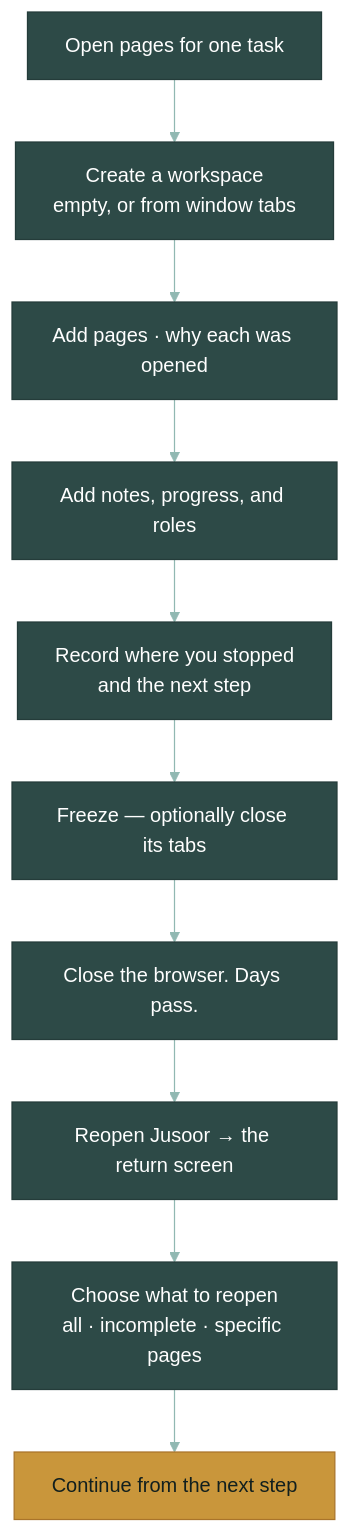
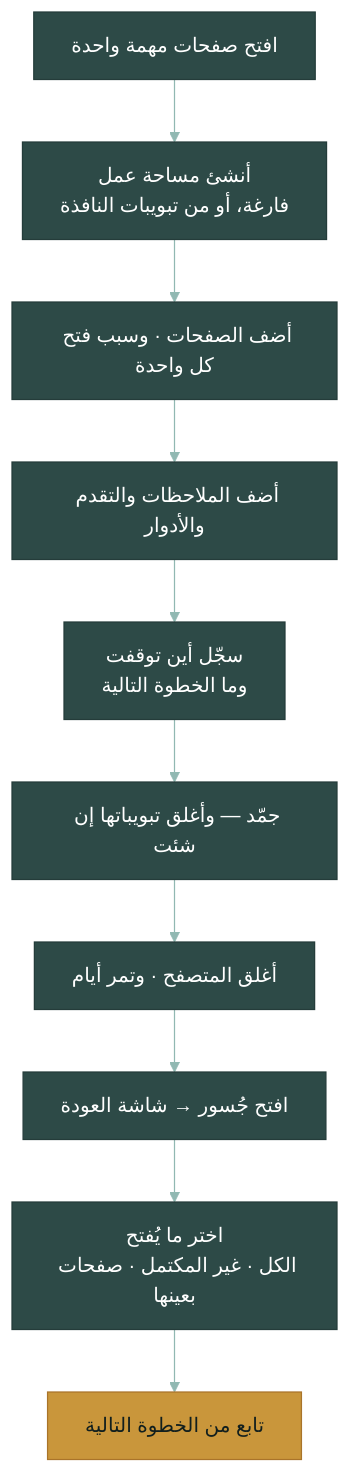
Before and after one commit to iSltanX/Jusoor: the diagram in README.md, drawn with Mermaid. The commit also changed other lines of this file and 8 other files, not shown here.

````diff
--- a/README.md
+++ b/README.md
@@ -137,15 +137,15 @@
 ```mermaid
 %%{init: {'theme':'base','themeVariables':{'primaryColor':'#2D4A47','primaryTextColor':'#FFFFFF','primaryBorderColor':'#243C3A','lineColor':'#91B8B2'}}}%%
 flowchart TD
-    A["Open pages for one task"] --> B["Create a workspace<br/>empty, or from window tabs"]
-    B --> C["Add pages · why each was opened"]
-    C --> D["Add notes, progress, and roles"]
-    D --> E["Record where you stopped<br/>and the next step"]
-    E --> F["Freeze — optionally close its tabs"]
-    F --> G["Close the browser. Days pass."]
-    G --> H["Reopen Jusoor → the return screen"]
-    H --> I["Choose what to reopen<br/>all · incomplete · specific pages"]
-    I --> J["Continue from the next step"]
+    A["افتح صفحات مهمة واحدة"] --> B["أنشئ مساحة عمل<br/>فارغة، أو من تبويبات النافذة"]
+    B --> C["أضف الصفحات · وسبب فتح كل واحدة"]
+    C --> D["أضف الملاحظات والتقدم والأدوار"]
+    D --> E["سجّل أين توقفت<br/>وما الخطوة التالية"]
+    E --> F["جمّد — وأغلق تبويباتها إن شئت"]
+    F --> G["أغلق المتصفح · وتمر أيام"]
+    G --> H["افتح جُسور → شاشة العودة"]
+    H --> I["اختر ما يُفتح<br/>الكل · غير المكتمل · صفحات بعينها"]
+    I --> J["تابع من الخطوة التالية"]
 
     style J fill:#C9963B,stroke:#A9742A,color:#111F1E
 ```
````
